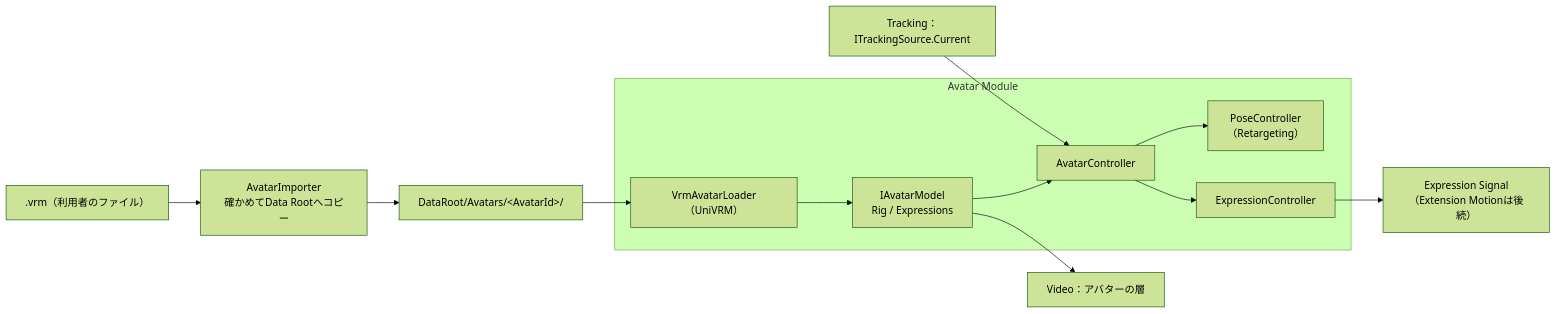
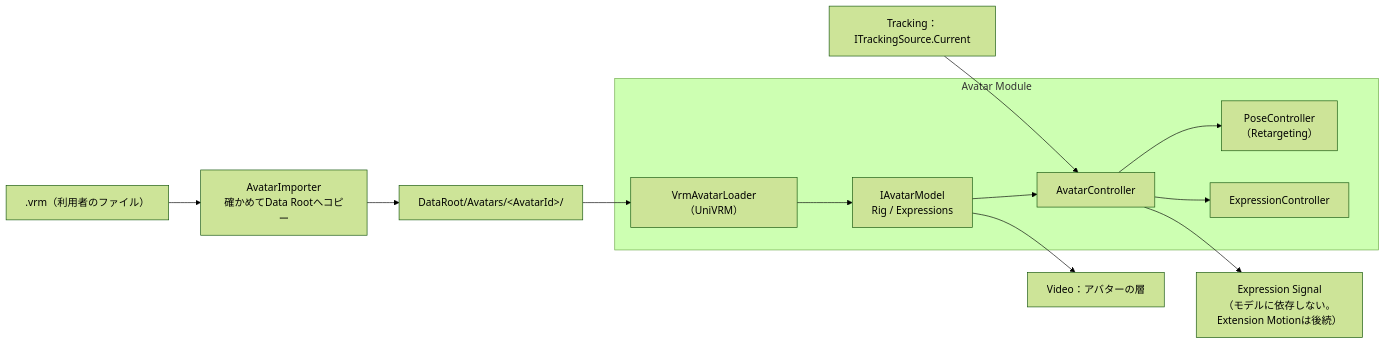
The first of 2 diagrams in docs/ja/detailed-design/avatar.md (Yupopyoi/virtual-vessel-studio), drawn with Mermaid (forest theme) before and after one commit. The commit also changed other lines of this file and 1 other file, not shown here.

First line of the commit message:
docs: record the Expression Signal and the alignment with system design

````diff
--- a/docs/ja/detailed-design/avatar.md
+++ b/docs/ja/detailed-design/avatar.md
@@ -32,17 +32,17 @@
 ```mermaid
 flowchart LR
     File[".vrm（利用者のファイル）"] --> Import["AvatarImporter<br/>確かめてData Rootへコピー"]
     Import --> Store["DataRoot/Avatars/&lt;AvatarId&gt;/"]
     Store --> Loader["VrmAvatarLoader（UniVRM）"]
 
     subgraph Avatar["Avatar Module"]
         Loader --> Runtime["IAvatarModel<br/>Rig / Expressions"]
         Runtime --> Ctrl["AvatarController"]
         Ctrl --> Pose["PoseController<br/>（Retargeting）"]
         Ctrl --> Expr["ExpressionController"]
     end
 
     Tracking["Tracking：ITrackingSource.Current"] --> Ctrl
-    Expr --> Signal["Expression Signal<br/>（Extension Motionは後続）"]
+    Ctrl --> Signal["Expression Signal<br/>（モデルに依存しない。Extension Motionは後続）"]
     Runtime --> Layer["Video：アバターの層"]
 ```
````
